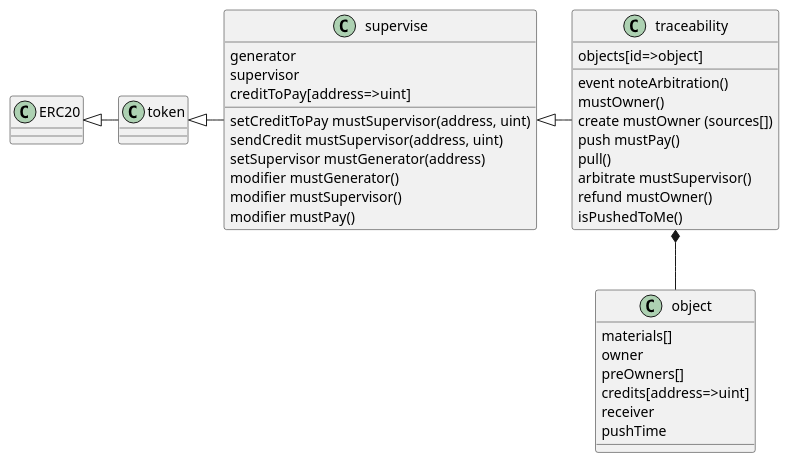
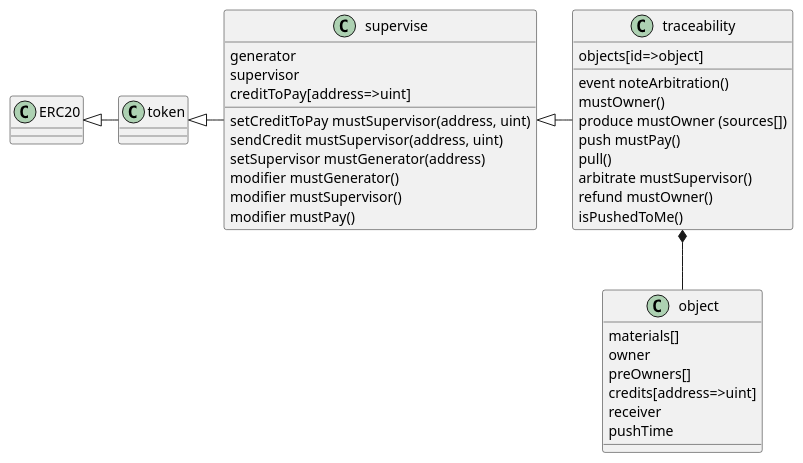
Before and after one commit to txcary/traceability: the diagram in plantuml/class.plantuml, drawn with PlantUML. The commit also changed 5 other files, not shown here.

Commit message:
Update sequence UML

```diff
--- a/plantuml/class.plantuml
+++ b/plantuml/class.plantuml
@@ -1,39 +1,39 @@
 @startuml
 class ERC20
 class token
 class "supervise" as supervise {
 	generator
 	supervisor
 	creditToPay[address=>uint]
 	setCreditToPay mustSupervisor(address, uint)
 	sendCredit mustSupervisor(address, uint)
 	setSupervisor mustGenerator(address)
 	modifier mustGenerator()
 	modifier mustSupervisor()
 	modifier mustPay()
 }
 class "traceability" as trace {
 	objects[id=>object]
 	event noteArbitration()
 	mustOwner()
-	create mustOwner (sources[])
+	produce mustOwner (sources[])
 	push mustPay()
 	pull()
 	arbitrate mustSupervisor()
 	refund mustOwner()
 	isPushedToMe()
 }
 class "object" as object {
 	materials[]
 	owner
 	preOwners[]
 	credits[address=>uint]
 	receiver
 	pushTime
 }
 
 ERC20 <|- token
 token <|- supervise
 supervise <|- trace
 trace *-- object
 @enduml
```
